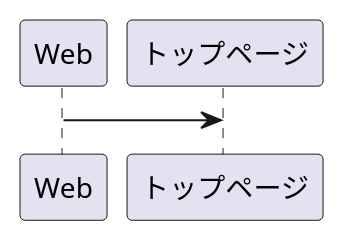
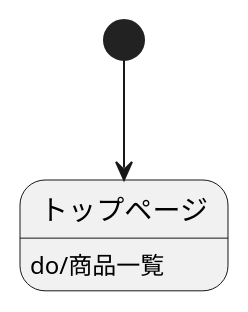
Before and after one commit to Aso2001388/2021sys-design: the diagram in orizinaru.md, drawn with PlantUML.

````diff
--- a/orizinaru.md
+++ b/orizinaru.md
@@ -1,6 +1,6 @@
 ```uml 
 @startuml
-Web->トップページ
-
+[*]-->トップページ
+トップページ : do/商品一覧
 @enduml
 ``` 
````
